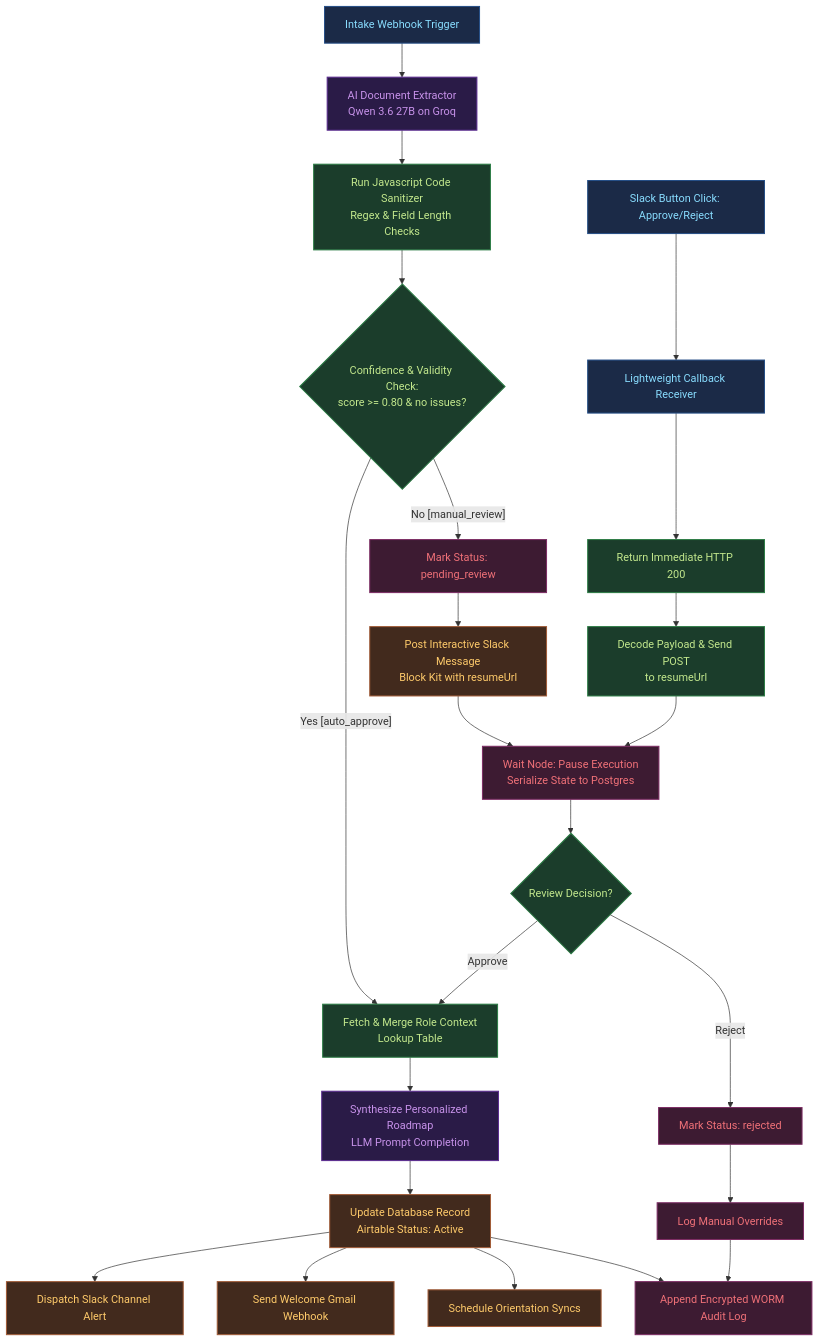
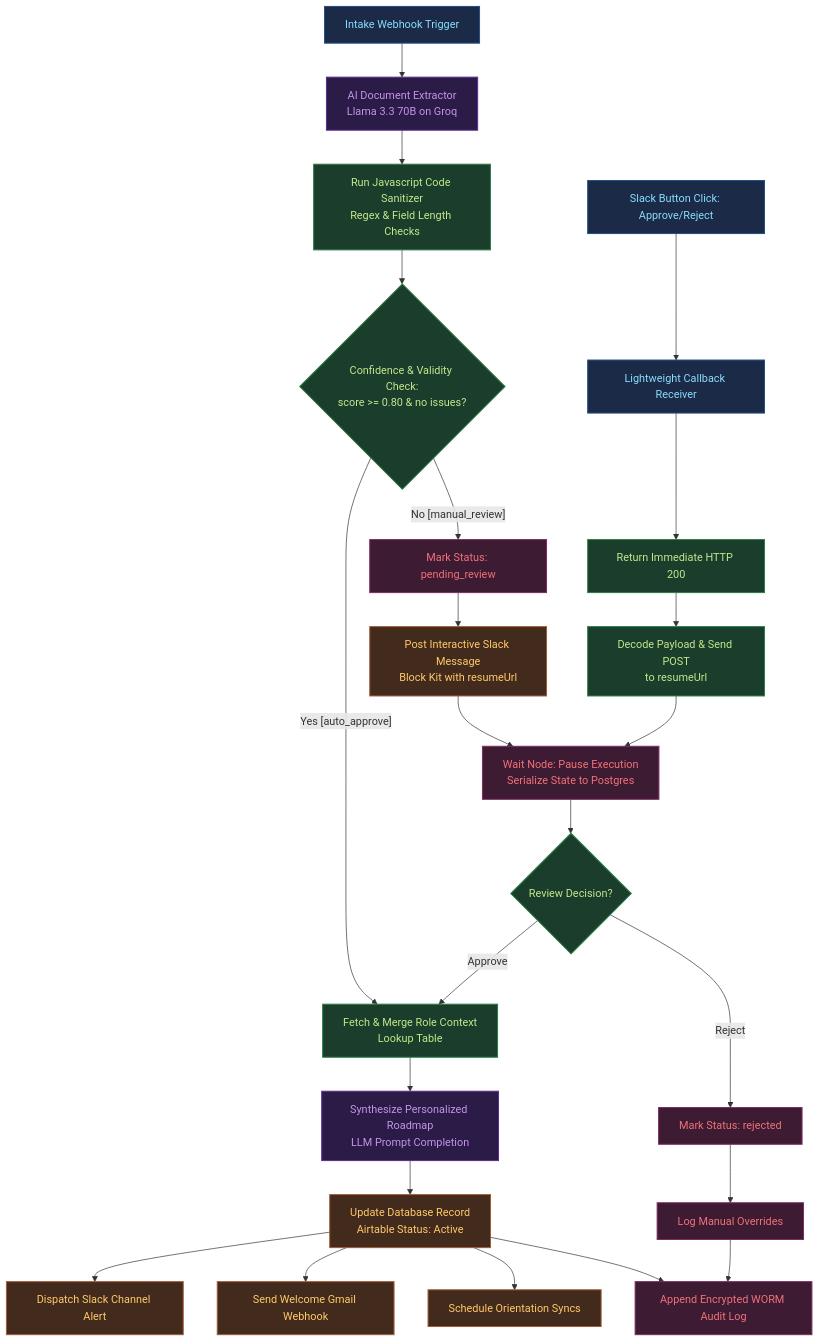
Before and after one commit to Ibrahim-Salman19/enterprise-ai-onboarding-automation: the diagram in starter/diagrams/flow.md, drawn with Mermaid. The commit also changed 7 other files, not shown here.

````diff
--- a/starter/diagrams/flow.md
+++ b/starter/diagrams/flow.md
@@ -5,42 +5,42 @@
 ```mermaid
 flowchart TD
     %% Styling Nodes
     classDef trigger fill:#1b2a47,stroke:#264f87,stroke-width:1.5px,color:#89ddff;
     classDef ai fill:#2a1b47,stroke:#5c2d91,stroke-width:1.5px,color:#c792ea;
     classDef logic fill:#1b3d2b,stroke:#2d7d46,stroke-width:1.5px,color:#c3e88d;
     classDef system fill:#1e1e24,stroke:#3a3a4a,stroke-width:1px,color:#d4d4d8;
     classDef ext fill:#422a1d,stroke:#a15c38,stroke-width:1.5px,color:#ffcb6b;
     classDef state fill:#3d1b32,stroke:#7d2d64,stroke-width:1.5px,color:#f07178;
 
-    A[Intake Webhook Trigger]:::trigger --> B[AI Document Extractor<br/>Qwen 3.6 27B on Groq]:::ai
+    A[Intake Webhook Trigger]:::trigger --> B[AI Document Extractor<br/>Llama 3.3 70B on Groq]:::ai
     B --> C[Run Javascript Code Sanitizer<br/>Regex & Field Length Checks]:::logic
     C --> D{Confidence & Validity Check:<br/>score >= 0.80 & no issues?}:::logic
     
     %% Automatic Pathway
     D -- Yes [auto_approve] --> E[Fetch & Merge Role Context<br/>Lookup Table]:::logic
     E --> F[Synthesize Personalized Roadmap<br/>LLM Prompt Completion]:::ai
     F --> G[Update Database Record<br/>Airtable Status: Active]:::ext
     G --> H[Dispatch Slack Channel Alert]:::ext
     G --> I[Send Welcome Gmail Webhook]:::ext
     G --> J[Schedule Orientation Syncs]:::ext
     
     %% Manual Queue Pathway (HITL)
     D -- No [manual_review] --> K[Mark Status: pending_review]:::state
     K --> L[Post Interactive Slack Message<br/>Block Kit with resumeUrl]:::ext
     L --> M[Wait Node: Pause Execution<br/>Serialize State to Postgres]:::state
     
     %% Slack Callback Resumption
     N[Slack Button Click: Approve/Reject]:::trigger --> O[Lightweight Callback Receiver]:::trigger
     O --> P[Return Immediate HTTP 200]:::logic
     P --> Q[Decode Payload & Send POST<br/>to resumeUrl]:::logic
     Q --> M
     
     M --> R{Review Decision?}:::logic
     R -- Approve --> E
     R -- Reject --> S[Mark Status: rejected]:::state
     S --> T[Log Manual Overrides]:::state
     
     %% Global Auditing
     G --> U[Append Encrypted WORM Audit Log]:::state
     T --> U
 ```
````
